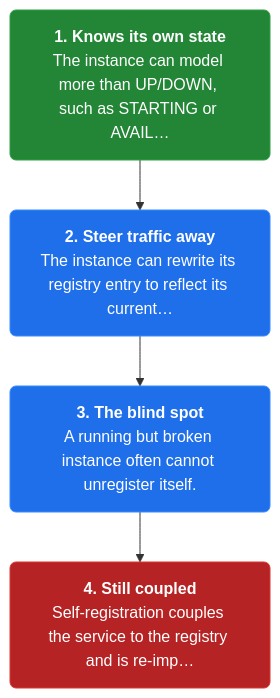
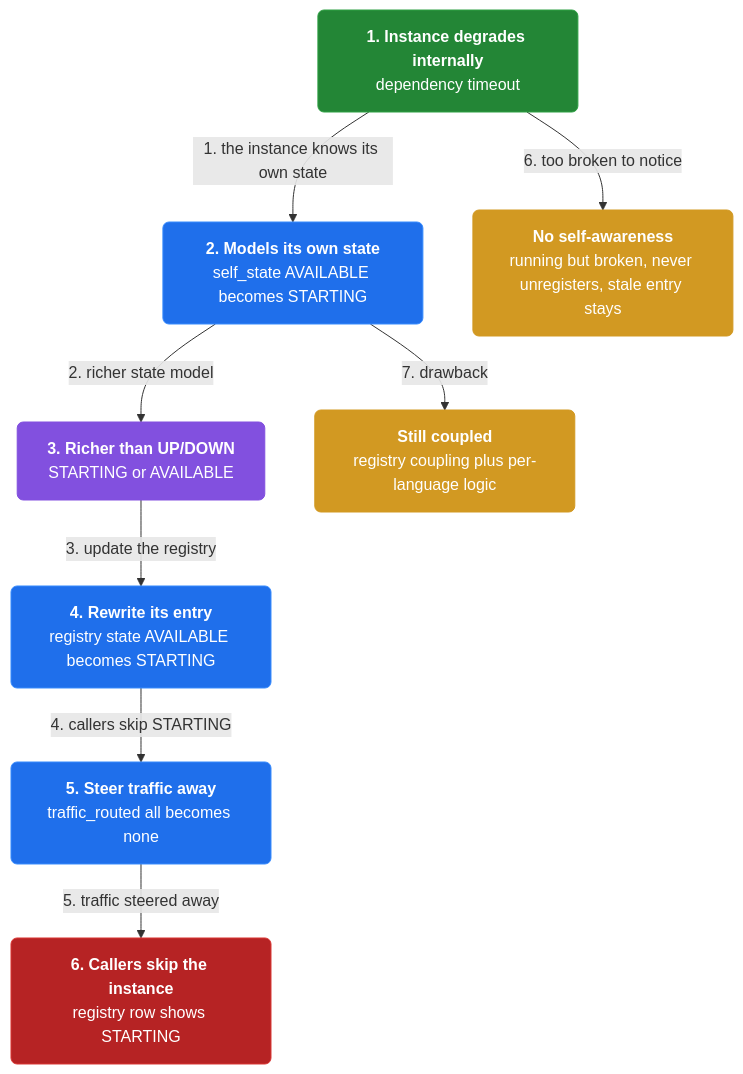
Before and after one commit to vinayakuber/microservices-io-study-guide: the third of 3 diagrams in docs/ch10-self-registration.md, drawn with Mermaid. The commit also changed other lines of this file and 46 other files, not shown here.

First line of the commit message:
Author rich branching flow diagrams for all 44 chapters

````diff
--- a/docs/ch10-self-registration.md
+++ b/docs/ch10-self-registration.md
@@ -94,13 +114,23 @@
 ```mermaid
 flowchart TD
-  classDef step fill:#1f6feb,color:#ffffff,stroke:#388bfd,stroke-width:1px,rx:6
+  classDef step fill:#1f6feb,color:#ffffff,stroke:#388bfd,rx:6
+  classDef core fill:#8250df,color:#ffffff,stroke:#8250df,rx:6
+  classDef warn fill:#d29922,color:#ffffff,stroke:#d29922,rx:6
   classDef start fill:#238636,color:#ffffff,stroke:#2ea043,rx:6
   classDef stop fill:#b62324,color:#ffffff,stroke:#da3633,rx:6
-  s2n0["<b>1. Knows its own state</b><br/>The instance can model more than UP/DOWN, such as STARTING or AVAIL…"]:::start
-  s2n1["<b>2. Steer traffic away</b><br/>The instance can rewrite its registry entry to reflect its current…"]:::step
-  s2n2["<b>3. The blind spot</b><br/>A running but broken instance often cannot unregister itself."]:::step
-  s2n3["<b>4. Still coupled</b><br/>Self-registration couples the service to the registry and is re-imp…"]:::stop
-  s2n0 --> s2n1
-  s2n1 --> s2n2
-  s2n2 --> s2n3
+  n0["<b>1. Instance degrades internally</b><br/>dependency timeout"]:::start
+  n1["<b>2. Models its own state</b><br/>self_state AVAILABLE becomes STARTING"]:::step
+  n2["<b>3. Richer than UP/DOWN</b><br/>STARTING or AVAILABLE"]:::core
+  n3["<b>4. Rewrite its entry</b><br/>registry state AVAILABLE becomes STARTING"]:::step
+  n4["<b>5. Steer traffic away</b><br/>traffic_routed all becomes none"]:::step
+  n5["<b>6. Callers skip the instance</b><br/>registry row shows STARTING"]:::stop
+  n6["<b>No self-awareness</b><br/>running but broken, never unregisters, stale entry stays"]:::warn
+  n7["<b>Still coupled</b><br/>registry coupling plus per-language logic"]:::warn
+  n0 -->|"1. the instance knows its own state"| n1
+  n1 -->|"2. richer state model"| n2
+  n2 -->|"3. update the registry"| n3
+  n3 -->|"4. callers skip STARTING"| n4
+  n4 -->|"5. traffic steered away"| n5
+  n0 -->|"6. too broken to notice"| n6
+  n1 -->|"7. drawback"| n7
 ```
````
